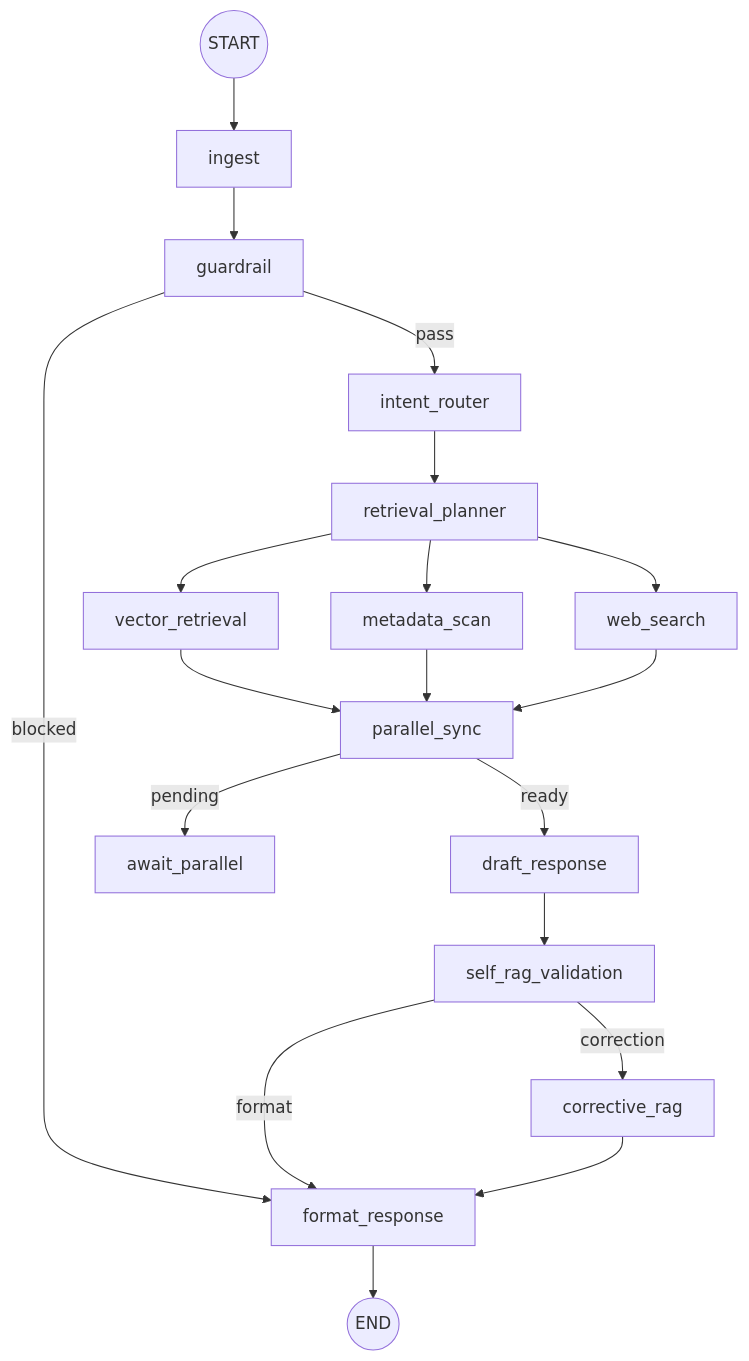
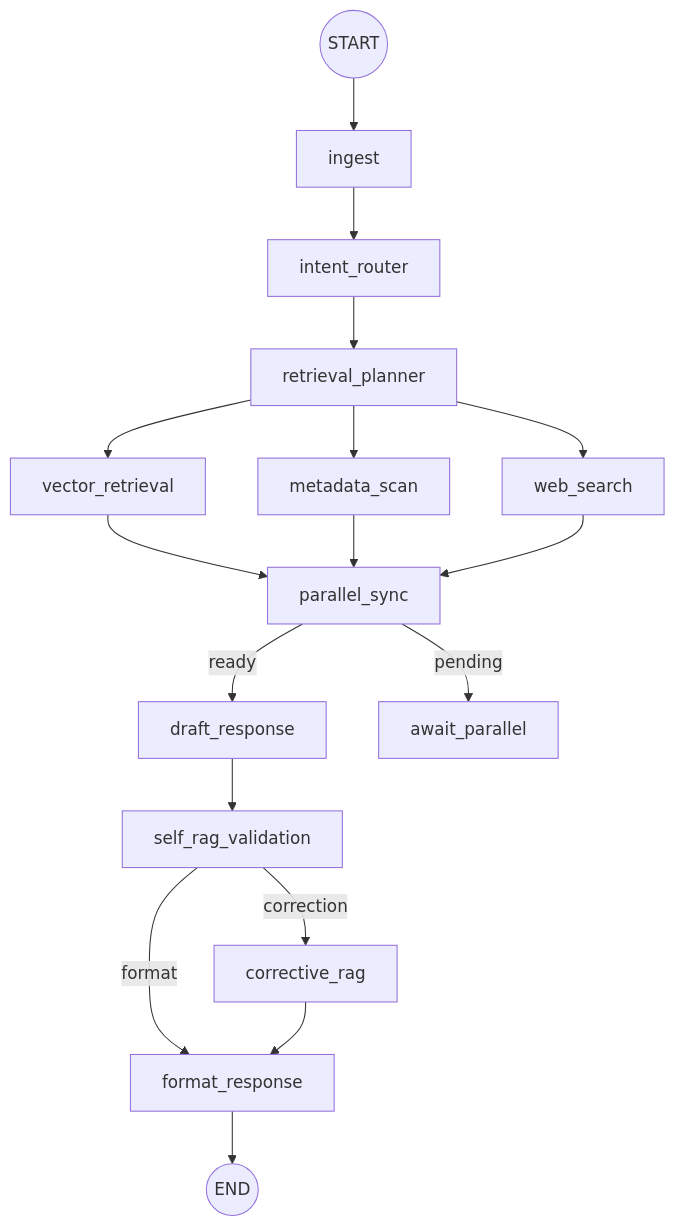
Before and after one commit to da-itdaing/chaatbot: the diagram in daitdaing_chatbot_guideline_md/langgraph_parallel_workflow.md, drawn with Mermaid. The commit also changed other lines of this file and 36 other files, not shown here.

````diff
--- a/daitdaing_chatbot_guideline_md/langgraph_parallel_workflow.md
+++ b/daitdaing_chatbot_guideline_md/langgraph_parallel_workflow.md
@@ -61,21 +63,19 @@
 ```mermaid
 graph TD
     START((START)) --> ingest
-    ingest --> guardrail
-    guardrail -->|blocked| format_response
-    guardrail -->|pass| intent_router
+    ingest --> intent_router
     intent_router --> retrieval_planner
     retrieval_planner --> vector_retrieval
     retrieval_planner --> metadata_scan
     retrieval_planner --> web_search
     vector_retrieval --> parallel_sync
     metadata_scan --> parallel_sync
     web_search --> parallel_sync
     parallel_sync -->|ready| draft_response
     parallel_sync -->|pending| await_parallel
     draft_response --> self_rag_validation
     self_rag_validation -->|format| format_response
     self_rag_validation -->|correction| corrective_rag
     corrective_rag --> format_response
     format_response --> END((END))
 ```
````
